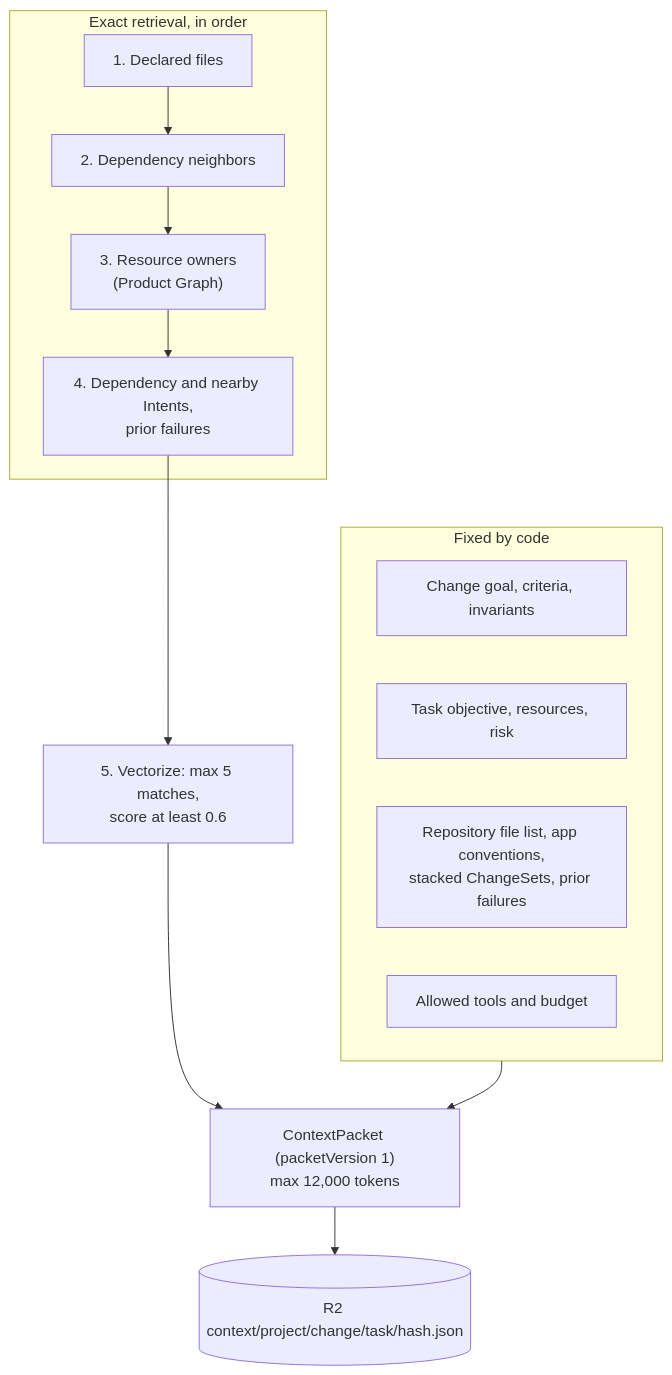
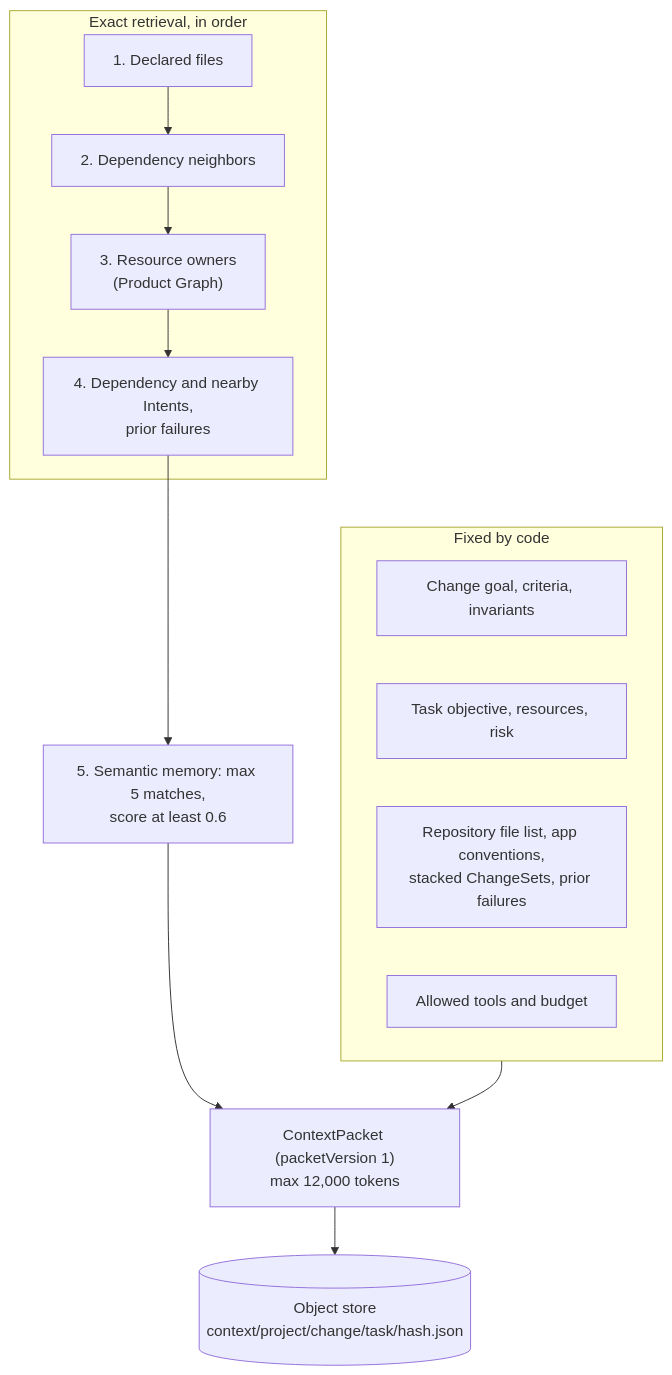
Before and after one commit to nsudhanva/rhumbatron: the sixth of 7 diagrams in docs/architecture/agents-and-models.md, drawn with Mermaid. The commit also changed other lines of this file and 322 other files, not shown here.

````diff
--- a/docs/architecture/agents-and-models.md
+++ b/docs/architecture/agents-and-models.md
@@ -256,21 +256,21 @@
 ```mermaid
 flowchart TB
   subgraph Fixed["Fixed by code"]
     C["Change goal, criteria, invariants"]
     TK["Task objective, resources, risk"]
     SRC["Repository file list, app conventions,<br/>stacked ChangeSets, prior failures"]
     TOOLS["Allowed tools and budget"]
   end
   subgraph Exact["Exact retrieval, in order"]
-    D1["1. Declared files"]
-    D2["2. Dependency neighbors"]
-    D3["3. Resource owners<br/>(Product Graph)"]
-    D4["4. Dependency and nearby Intents,<br/>prior failures"]
+    E1["1. Declared files"]
+    E2["2. Dependency neighbors"]
+    E3["3. Resource owners<br/>(Product Graph)"]
+    E4["4. Dependency and nearby Intents,<br/>prior failures"]
   end
-  V["5. Vectorize: max 5 matches,<br/>score at least 0.6"]
+  V["5. Semantic memory: max 5 matches,<br/>score at least 0.6"]
   PKT["ContextPacket (packetVersion 1)<br/>max 12,000 tokens"]
-  R2[("R2 context/project/change/task/hash.json")]
+  OBJ[("Object store<br/>context/project/change/task/hash.json")]
   Fixed --> PKT
-  D1 --> D2 --> D3 --> D4 --> V --> PKT
-  PKT --> R2
+  E1 --> E2 --> E3 --> E4 --> V --> PKT
+  PKT --> OBJ
 ```
````
